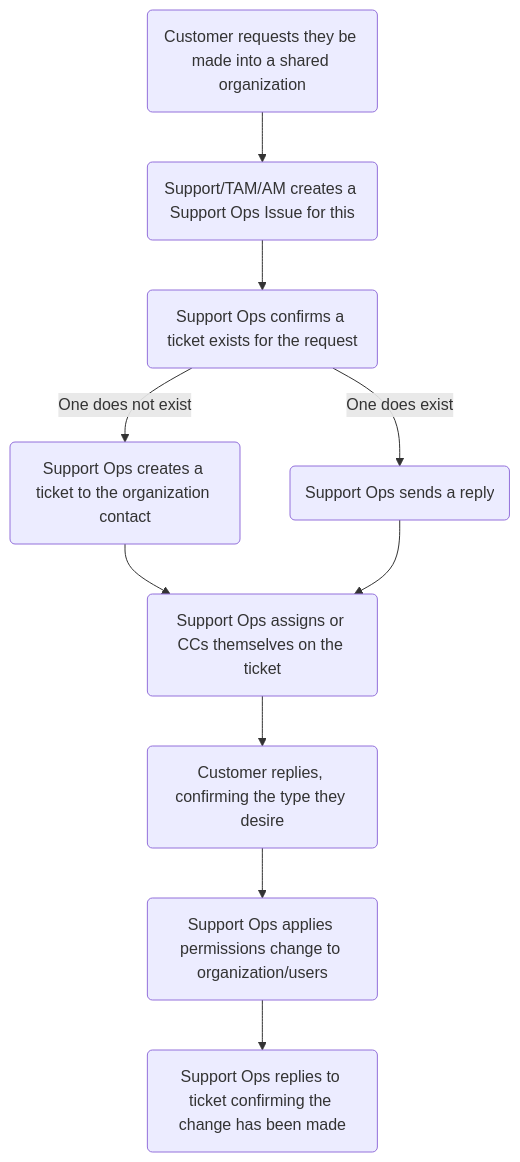
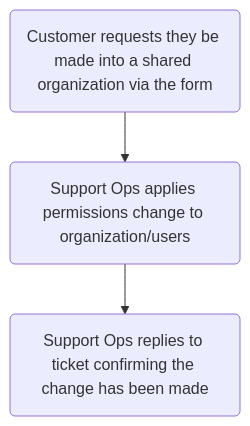
Before and after one commit to secretstartups/handbook: the diagram in support/support-ops/workflows/shared_organizations.html.md, drawn with Mermaid. The commit also changed other lines of this file, not shown here.

````diff
--- a/support/support-ops/workflows/shared_organizations.html.md
+++ b/support/support-ops/workflows/shared_organizations.html.md
@@ -55,21 +39,8 @@
 ```mermaid
 graph TD;
   A --> B;
   B --> C;
-  C -->|One does not exist| D;
-  C -->|One does exist| E;
-  D --> F;
-  E --> F;
-  F --> G;
-  G --> H;
-  H --> I;
-  A(Customer requests they be made into a shared organization)
-  B(Support/TAM/AM creates a Support Ops Issue for this)
-  C(Support Ops confirms a ticket exists for the request)
-  D(Support Ops creates a ticket to the organization contact)
-  E(Support Ops sends a reply)
-  F(Support Ops assigns or CCs themselves on the ticket)
-  G(Customer replies, confirming the type they desire)
-  H(Support Ops applies permissions change to organization/users)
-  I(Support Ops replies to ticket confirming the change has been made)
+  A(Customer requests they be made into a shared organization via the form)
+  B(Support Ops applies permissions change to organization/users)
+  C(Support Ops replies to ticket confirming the change has been made)
 ```
````
